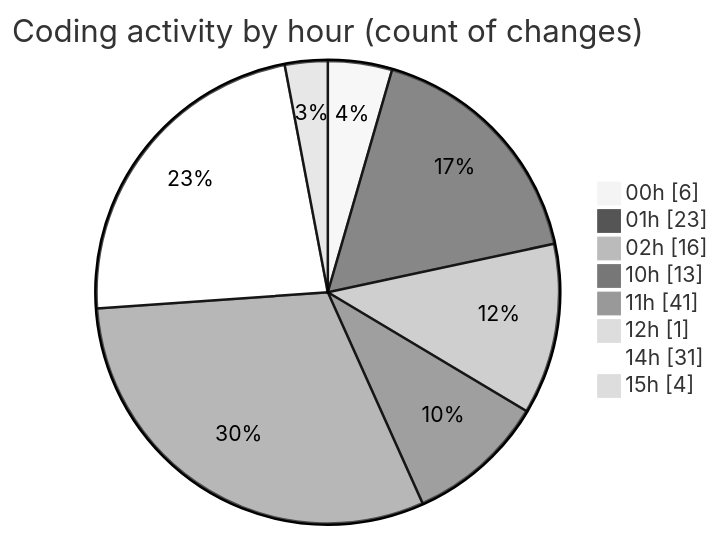
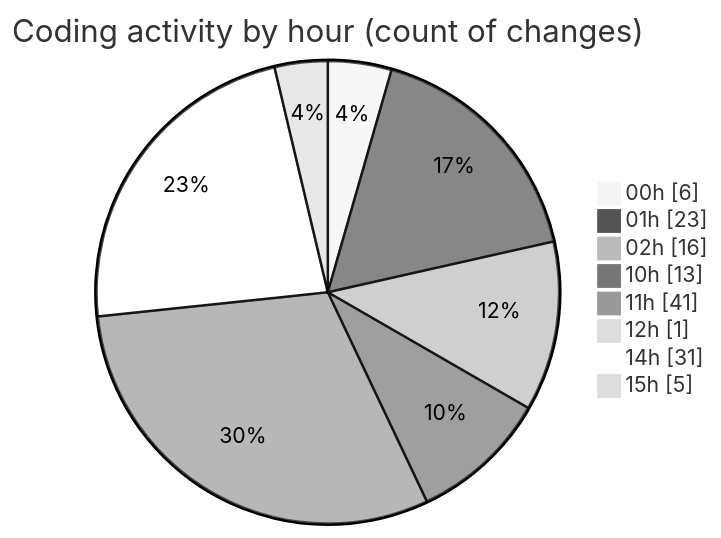
One commit to julien-gomy/code-tracking changed the second of 2 diagrams in 2025-11-08/eventscop-frontend-guide__workspace_/README.md. Above: the diagram before and after it, drawn with Mermaid (neutral theme). The commit also changed other lines of this file and 1 other file, not shown here.

````diff
--- a/2025-11-08/eventscop-frontend-guide__workspace_/README.md
+++ b/2025-11-08/eventscop-frontend-guide__workspace_/README.md
@@ -68,12 +70,12 @@
 ```mermaid
 pie showData
 title Coding activity by hour (count of changes)
 "00h" : 6
 "01h" : 23
 "02h" : 16
 "10h" : 13
 "11h" : 41
 "12h" : 1
 "14h" : 31
-"15h" : 4
+"15h" : 5
 ```
````
